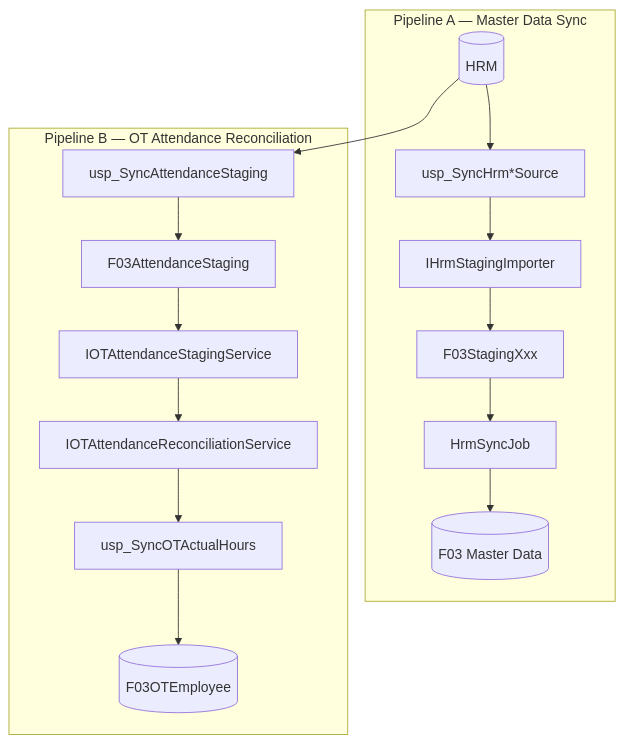
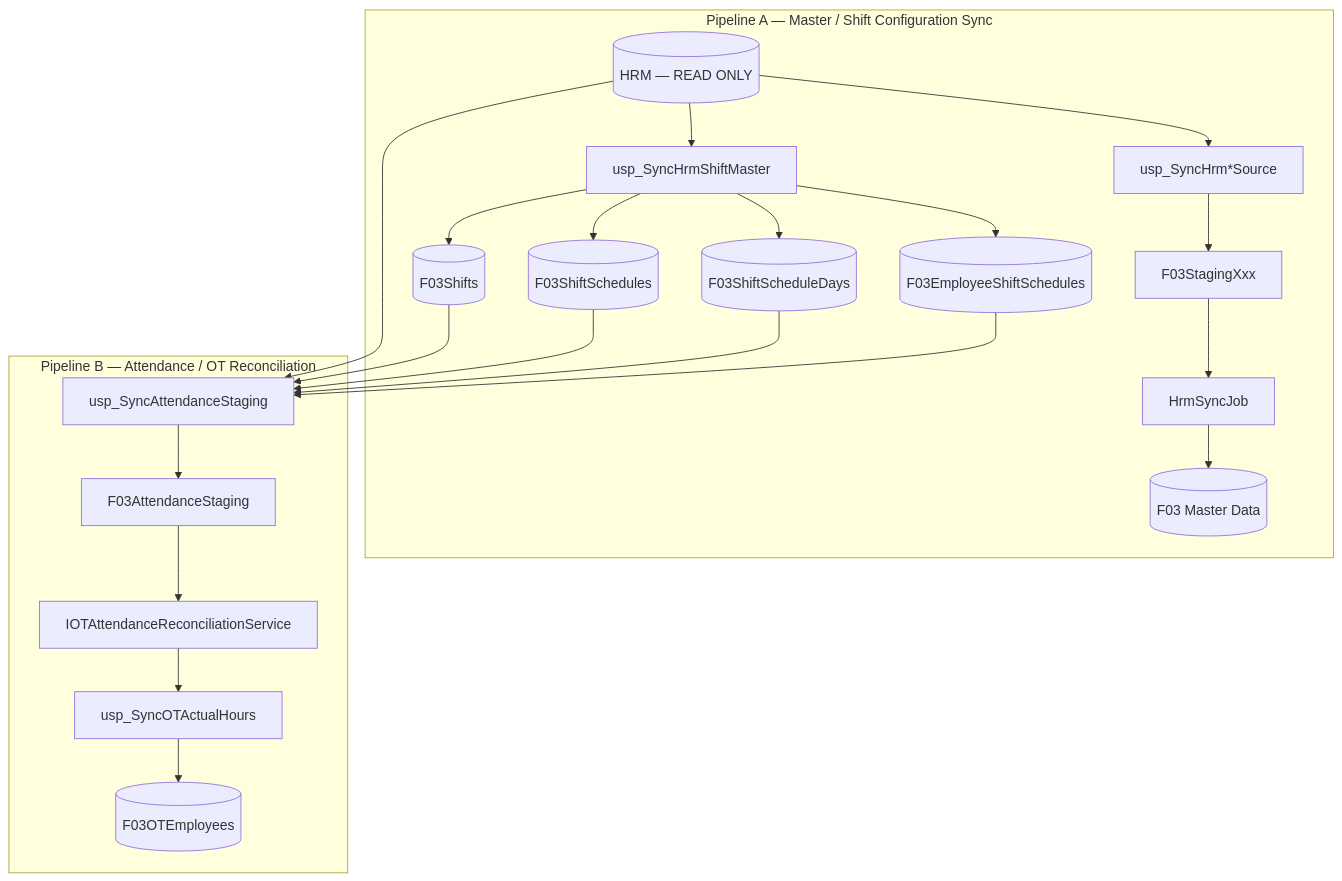
Before and after one commit to Nang0559/Reggister: the first of 13 diagrams in MÔ HÌNH/02_HRM_SYNC.md, drawn with Mermaid. The commit also changed other lines of this file, not shown here.

Commit message:
docs: align HRM sync pipelines with current SQL

````diff
--- a/MÔ HÌNH/02_HRM_SYNC.md
+++ b/MÔ HÌNH/02_HRM_SYNC.md
@@ -5,19 +7,28 @@
 ```mermaid
 flowchart TB
-    HRM[(HRM)]
-    subgraph A[Pipeline A — Master Data Sync]
-        HRM --> SP[usp_SyncHrm*Source]
-        SP --> IMP[IHrmStagingImporter]
-        IMP --> ST[F03StagingXxx]
-        ST --> JOB[HrmSyncJob<TStaging,TEntity>]
+    HRM[(HRM — READ ONLY)]
+
+    subgraph A[Pipeline A — Master / Shift Configuration Sync]
+        HRM --> M1[usp_SyncHrm*Source]
+        M1 --> STG[F03StagingXxx]
+        STG --> JOB[HrmSyncJob]
         JOB --> MASTER[(F03 Master Data)]
+        HRM --> M2[usp_SyncHrmShiftMaster]
+        M2 --> SH[(F03Shifts)]
+        M2 --> SCH[(F03ShiftSchedules)]
+        M2 --> DAY[(F03ShiftScheduleDays)]
+        M2 --> EMP[(F03EmployeeShiftSchedules)]
     end
-    subgraph B[Pipeline B — OT Attendance Reconciliation]
+
+    subgraph B[Pipeline B — Attendance / OT Reconciliation]
         HRM --> ATT[usp_SyncAttendanceStaging]
+        SH --> ATT
+        SCH --> ATT
+        DAY --> ATT
+        EMP --> ATT
         ATT --> AST[F03AttendanceStaging]
-        AST --> AS[IOTAttendanceStagingService]
-        AS --> REC[IOTAttendanceReconciliationService]
+        AST --> REC[IOTAttendanceReconciliationService]
         REC --> OTSP[usp_SyncOTActualHours]
-        OTSP --> OT[(F03OTEmployee)]
+        OTSP --> OT[(F03OTEmployees)]
     end
 ```
````
